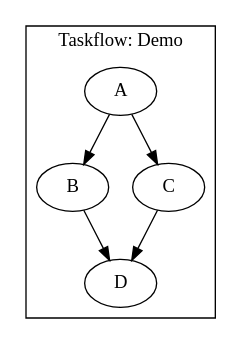
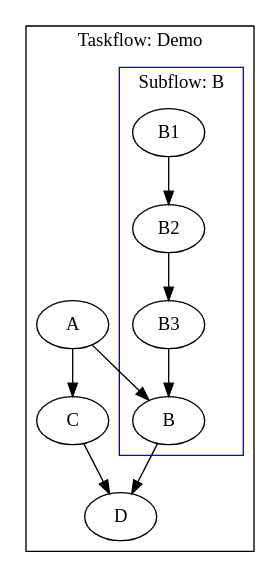
One commit to xuexcy/learning_taskflow changed the diagram in task_graph/run_run_until.dot. Above: the diagram before and after it, drawn with Graphviz. The commit also changed 12 other files, not shown here.

```diff
--- a/task_graph/run_run_until.dot
+++ b/task_graph/run_run_until.dot
@@ -1,13 +1,23 @@
 digraph Taskflow {
-subgraph cluster_p0x7ff7b50212a8 {
+subgraph cluster_p0x7ff7be72b228 {
 label="Taskflow: Demo";
-p0x7fc187164b00[label="A" ];
-p0x7fc187164b00 -> p0x7fc187163290;
-p0x7fc187164b00 -> p0x7fc1871638f0;
-p0x7fc187163290[label="B" ];
-p0x7fc187163290 -> p0x7fc187163b10;
-p0x7fc1871638f0[label="C" ];
-p0x7fc1871638f0 -> p0x7fc187163b10;
-p0x7fc187163b10[label="D" ];
+p0x7fe7d6065af0[label="A" ];
+p0x7fe7d6065af0 -> p0x7fe7d60659e0;
+p0x7fe7d6065af0 -> p0x7fe7d6065e20;
+p0x7fe7d60659e0[label="B" ];
+p0x7fe7d60659e0 -> p0x7fe7d6065d10;
+subgraph cluster_p0x7fe7d60659e0 {
+label="Subflow: B";
+color=blue
+p0x7fe7d912c700[label="B1" ];
+p0x7fe7d912c700 -> p0x7fe7d912cb40;
+p0x7fe7d912cb40[label="B2" ];
+p0x7fe7d912cb40 -> p0x7fe7d912c810;
+p0x7fe7d912c810[label="B3" ];
+p0x7fe7d912c810 -> p0x7fe7d60659e0;
+}
+p0x7fe7d6065e20[label="C" ];
+p0x7fe7d6065e20 -> p0x7fe7d6065d10;
+p0x7fe7d6065d10[label="D" ];
 }
 }
```
